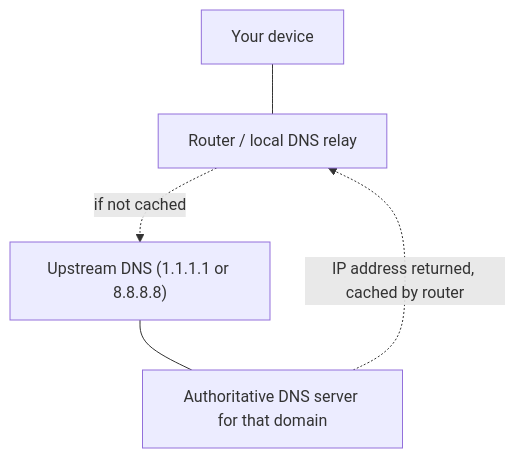
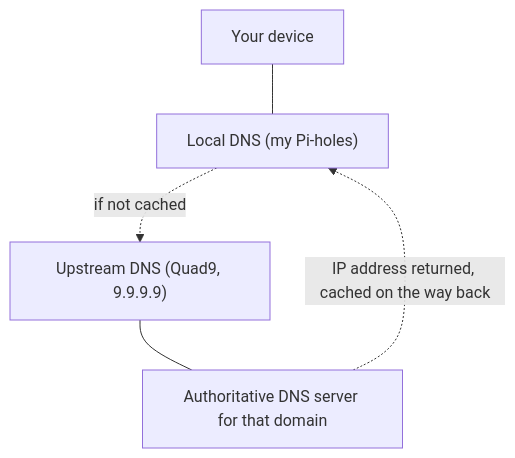
One commit to mithun3/tech-blog changed the second of 3 diagrams in content/pages/networking/basics/dns-fundamentals.mdx. Above: the diagram before and after it, drawn with Mermaid. The commit also changed other lines of this file and 8 other files, not shown here.

````diff
--- a/content/pages/networking/basics/dns-fundamentals.mdx
+++ b/content/pages/networking/basics/dns-fundamentals.mdx
@@ -30,7 +35,7 @@
 ```mermaid
 flowchart TD
-  Device[Your device] --- Router[Router / local DNS relay]
-  Router -.->|"if not cached"| Upstream["Upstream DNS (1.1.1.1 or 8.8.8.8)"]
+  Device[Your device] --- Local["Local DNS (my Pi-holes)"]
+  Local -.->|"if not cached"| Upstream["Upstream DNS (Quad9, 9.9.9.9)"]
   Upstream --- Auth[Authoritative DNS server for that domain]
-  Auth -.->|"IP address returned, cached by router"| Router
+  Auth -.->|"IP address returned, cached on the way back"| Local
 ```
````
